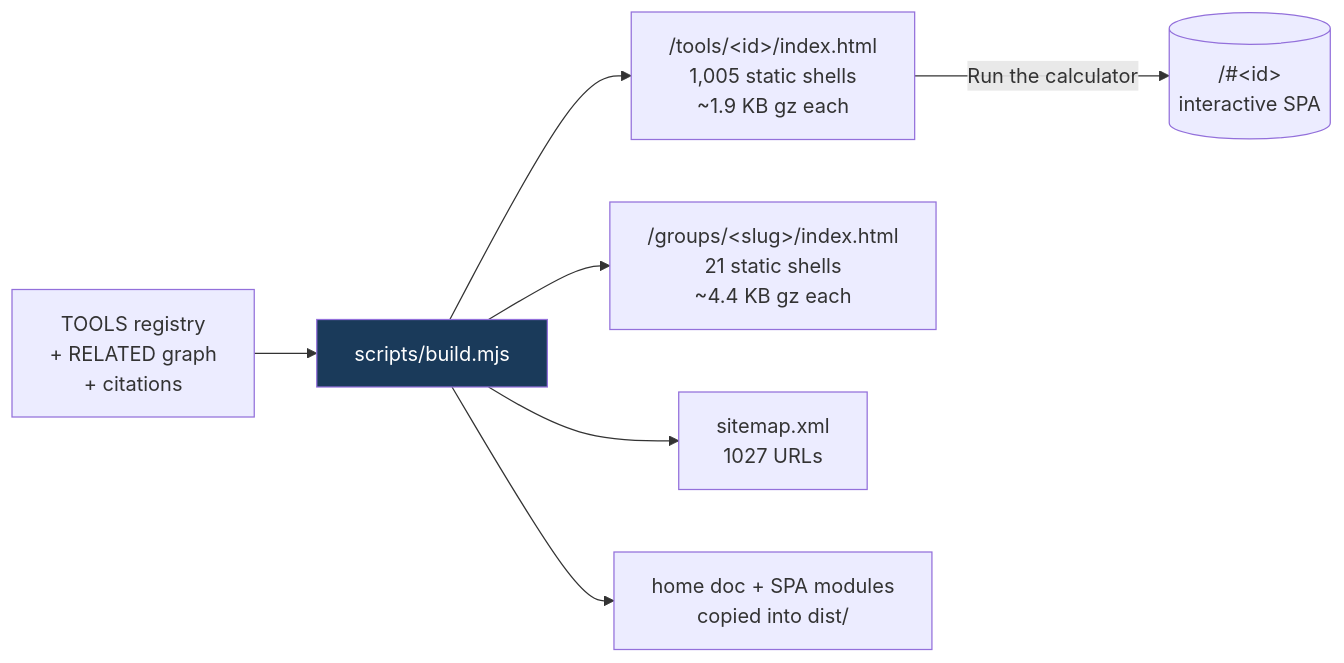
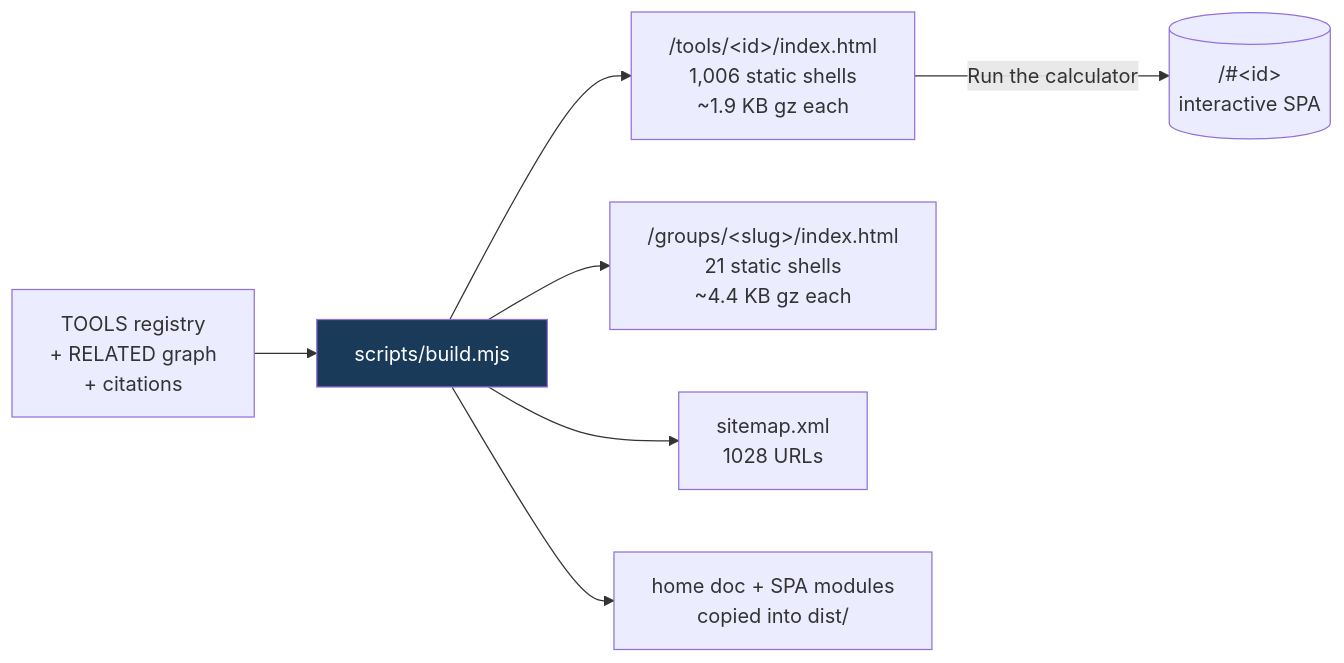
The fifth of 8 diagrams in README.md (clay-good/roughlogic.com), drawn with Mermaid before and after one commit. The commit also changed other lines of this file and 12 other files, not shown here.

````diff
--- a/README.md
+++ b/README.md
@@ -495,10 +495,10 @@
 ```mermaid
 flowchart LR
     SRC[TOOLS registry\n+ RELATED graph\n+ citations] --> BUILD[scripts/build.mjs]
-    BUILD --> TILE["/tools/&lt;id&gt;/index.html\n1,005 static shells\n~1.9 KB gz each"]
+    BUILD --> TILE["/tools/&lt;id&gt;/index.html\n1,006 static shells\n~1.9 KB gz each"]
     BUILD --> GROUP["/groups/&lt;slug&gt;/index.html\n21 static shells\n~4.4 KB gz each"]
-    BUILD --> MAP["sitemap.xml\n1027 URLs"]
+    BUILD --> MAP["sitemap.xml\n1028 URLs"]
     BUILD --> COPY[home doc + SPA modules\ncopied into dist/]
     TILE -->|Run the calculator| SPA[("/#&lt;id&gt;\ninteractive SPA")]
     style BUILD fill:#1a3a5a,color:#fff
 ```
````
